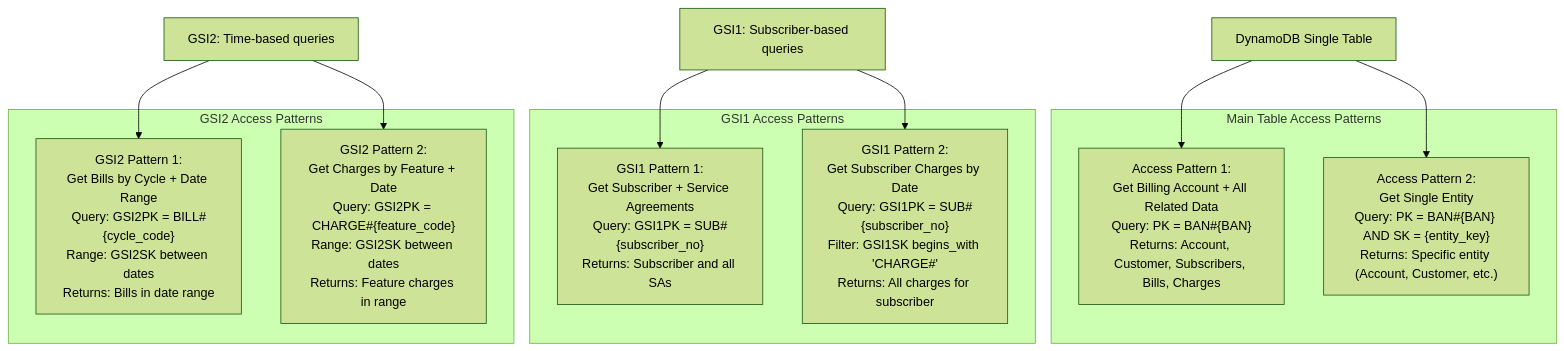
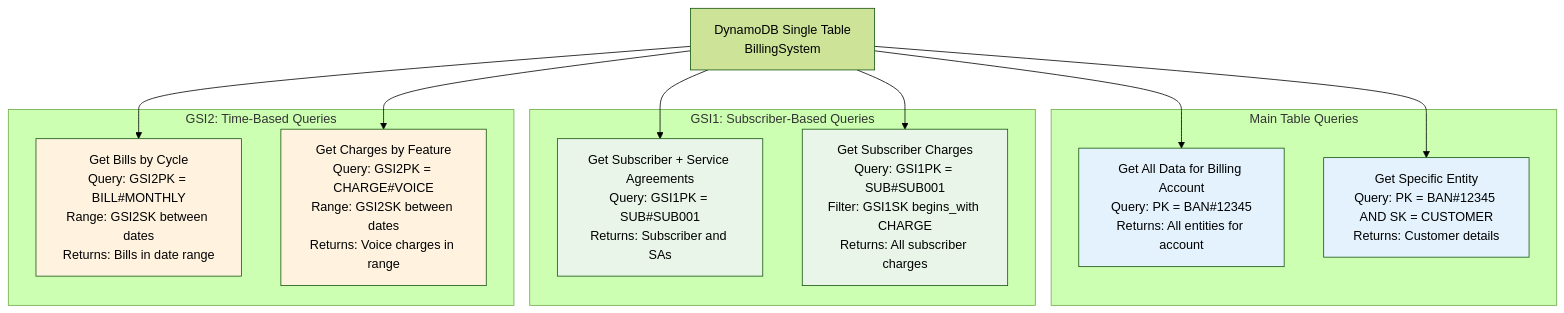
One commit to lizard53/DataMigrationDemo changed the fifth of 6 diagrams in .kiro/specs/mysql-to-dynamodb-migration/design.md. Above: the diagram before and after it, drawn with Mermaid (forest theme). The commit also changed other lines of this file, not shown here.

Commit message:
Fixed issue with Mermaid Rendering

````diff
--- a/.kiro/specs/mysql-to-dynamodb-migration/design.md
+++ b/.kiro/specs/mysql-to-dynamodb-migration/design.md
@@ -308,27 +264,33 @@
 ```mermaid
-graph TB
-    subgraph "Main Table Access Patterns"
-        AP1["Access Pattern 1:<br/>Get Billing Account + All Related Data<br/>Query: PK = BAN#{BAN}<br/>Returns: Account, Customer, Subscribers, Bills, Charges"]
-        
-        AP2["Access Pattern 2:<br/>Get Single Entity<br/>Query: PK = BAN#{BAN} AND SK = {entity_key}<br/>Returns: Specific entity (Account, Customer, etc.)"]
+flowchart TD
+    MainTable[DynamoDB Single Table<br/>BillingSystem]
+    
+    subgraph "Main Table Queries"
+        AP1[Get All Data for Billing Account<br/>Query: PK = BAN#12345<br/>Returns: All entities for account]
+        AP2[Get Specific Entity<br/>Query: PK = BAN#12345 AND SK = CUSTOMER<br/>Returns: Customer details]
     end
     
-    subgraph "GSI1 Access Patterns"
-        GSI1_AP1["GSI1 Pattern 1:<br/>Get Subscriber + Service Agreements<br/>Query: GSI1PK = SUB#{subscriber_no}<br/>Returns: Subscriber and all SAs"]
-        
-        GSI1_AP2["GSI1 Pattern 2:<br/>Get Subscriber Charges by Date<br/>Query: GSI1PK = SUB#{subscriber_no}<br/>Filter: GSI1SK begins_with 'CHARGE#'<br/>Returns: All charges for subscriber"]
+    subgraph "GSI1: Subscriber-Based Queries"
+        GSI1_1[Get Subscriber + Service Agreements<br/>Query: GSI1PK = SUB#SUB001<br/>Returns: Subscriber and SAs]
+        GSI1_2[Get Subscriber Charges<br/>Query: GSI1PK = SUB#SUB001<br/>Filter: GSI1SK begins_with CHARGE<br/>Returns: All subscriber charges]
     end
     
-    subgraph "GSI2 Access Patterns"
-        GSI2_AP1["GSI2 Pattern 1:<br/>Get Bills by Cycle + Date Range<br/>Query: GSI2PK = BILL#{cycle_code}<br/>Range: GSI2SK between dates<br/>Returns: Bills in date range"]
-        
-        GSI2_AP2["GSI2 Pattern 2:<br/>Get Charges by Feature + Date<br/>Query: GSI2PK = CHARGE#{feature_code}<br/>Range: GSI2SK between dates<br/>Returns: Feature charges in range"]
+    subgraph "GSI2: Time-Based Queries"
+        GSI2_1[Get Bills by Cycle<br/>Query: GSI2PK = BILL#MONTHLY<br/>Range: GSI2SK between dates<br/>Returns: Bills in date range]
+        GSI2_2[Get Charges by Feature<br/>Query: GSI2PK = CHARGE#VOICE<br/>Range: GSI2SK between dates<br/>Returns: Voice charges in range]
     end
     
-    MainTable[DynamoDB Single Table] --> AP1
+    MainTable --> AP1
     MainTable --> AP2
-    GSI1[GSI1: Subscriber-based queries] --> GSI1_AP1
-    GSI1 --> GSI1_AP2
-    GSI2[GSI2: Time-based queries] --> GSI2_AP1
-    GSI2 --> GSI2_AP2
+    MainTable --> GSI1_1
+    MainTable --> GSI1_2
+    MainTable --> GSI2_1
+    MainTable --> GSI2_2
+    
+    style AP1 fill:#e3f2fd
+    style AP2 fill:#e3f2fd
+    style GSI1_1 fill:#e8f5e8
+    style GSI1_2 fill:#e8f5e8
+    style GSI2_1 fill:#fff3e0
+    style GSI2_2 fill:#fff3e0
 ```
````
